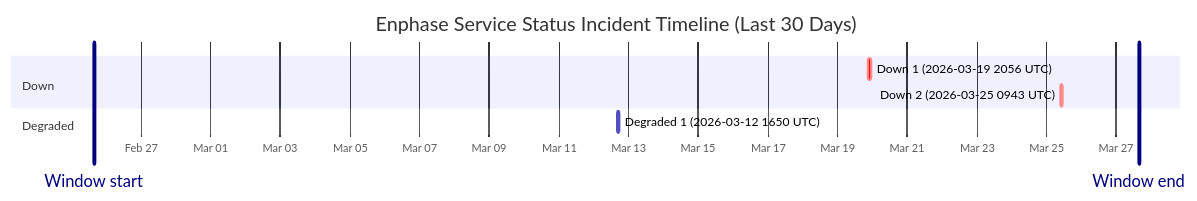
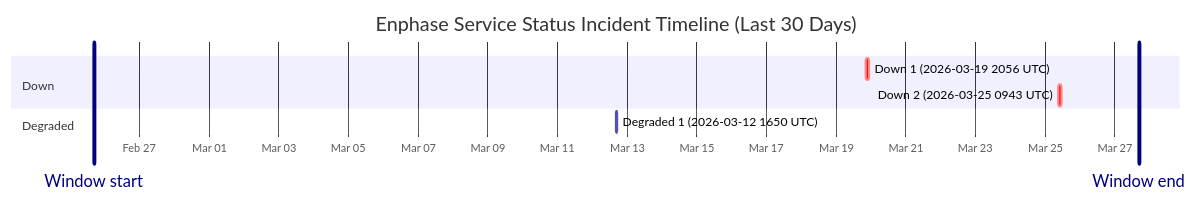
Before and after one commit to barneyonline/ha-enphase-ev-charger: the diagram in wiki/Service-Status-History.md, drawn with Mermaid. The commit also changed other lines of this file and 3 other files, not shown here.

````diff
--- a/wiki/Service-Status-History.md
+++ b/wiki/Service-Status-History.md
@@ -14,13 +14,13 @@
 ```mermaid
 gantt
     title Enphase Service Status Incident Timeline (Last 30 Days)
     dateFormat  YYYY-MM-DDTHH:mm:ss
     axisFormat  %b %d
-    Window start :vert, window-start, 2026-02-25T15:42:33, 0ms
-    Window end :vert, window-end, 2026-03-27T15:42:33, 0ms
+    Window start :vert, window-start, 2026-02-25T16:42:56, 0ms
+    Window end :vert, window-end, 2026-03-27T16:42:56, 0ms
     section Down
     Down 1 (2026-03-19 2056 UTC) :crit, down-1, 2026-03-19T20:56:20, 145m
     Down 2 (2026-03-25 0943 UTC) :crit, down-2, 2026-03-25T09:43:28, 111m
     section Degraded
     Degraded 1 (2026-03-12 1650 UTC) :active, degraded-1, 2026-03-12T16:50:43, 60m
 ```
````
